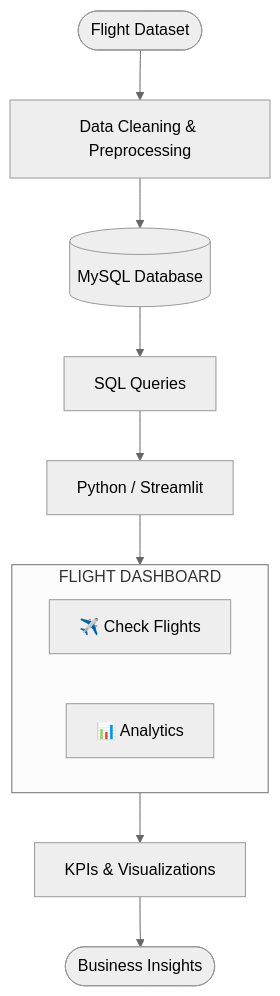
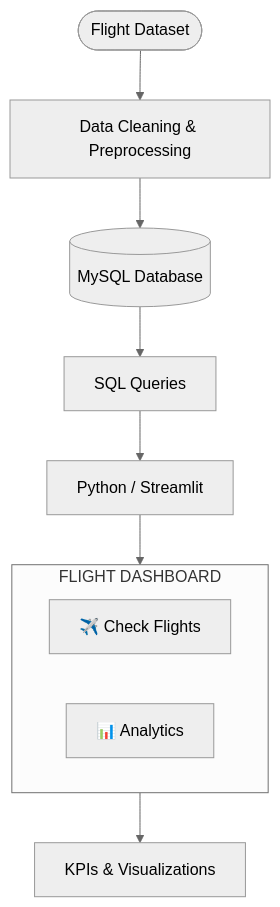
The first of 3 diagrams in README.md (architawasthi99/architawasthi99), drawn with Mermaid (neutral theme) before and after one commit.

````diff
--- a/README.md
+++ b/README.md
@@ -145,17 +145,16 @@
 ```mermaid
 flowchart TD
     A([Flight Dataset]) --> B[Data Cleaning & Preprocessing]
     B --> C[(MySQL Database)]
     C --> D[SQL Queries]
     D --> E[Python / Streamlit]
     E --> F
 
     subgraph F [" FLIGHT DASHBOARD "]
         direction LR
         G[✈️ Check Flights]
         H[📊 Analytics]
     end
 
     F --> I[KPIs & Visualizations]
-    I --> J([Business Insights])
 ```
````
